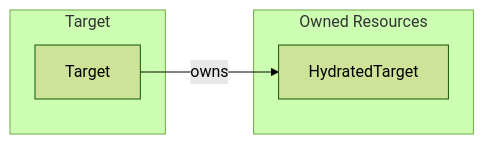
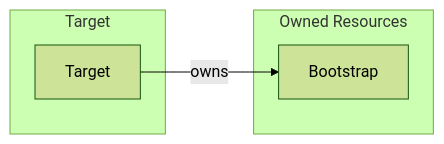
Before and after one commit to opendefensecloud/solution-arsenal: the third of 4 diagrams in docs/developer-guide/target_controller.md, drawn with Mermaid (forest theme). The commit also changed other lines of this file and 6 other files, not shown here.

Commit message:
docs: rename HydratedTarget to Bootstrap in controller docs and fix inaccuracies

````diff
--- a/docs/developer-guide/target_controller.md
+++ b/docs/developer-guide/target_controller.md
@@ -62,12 +62,12 @@
 ```mermaid
 flowchart LR
     subgraph Target
         T[Target]
     end
 
     subgraph Owned Resources
-        HT[HydratedTarget]
+        BS[Bootstrap]
     end
 
-    T -->|owns| HT
+    T -->|owns| BS
 ```
````
